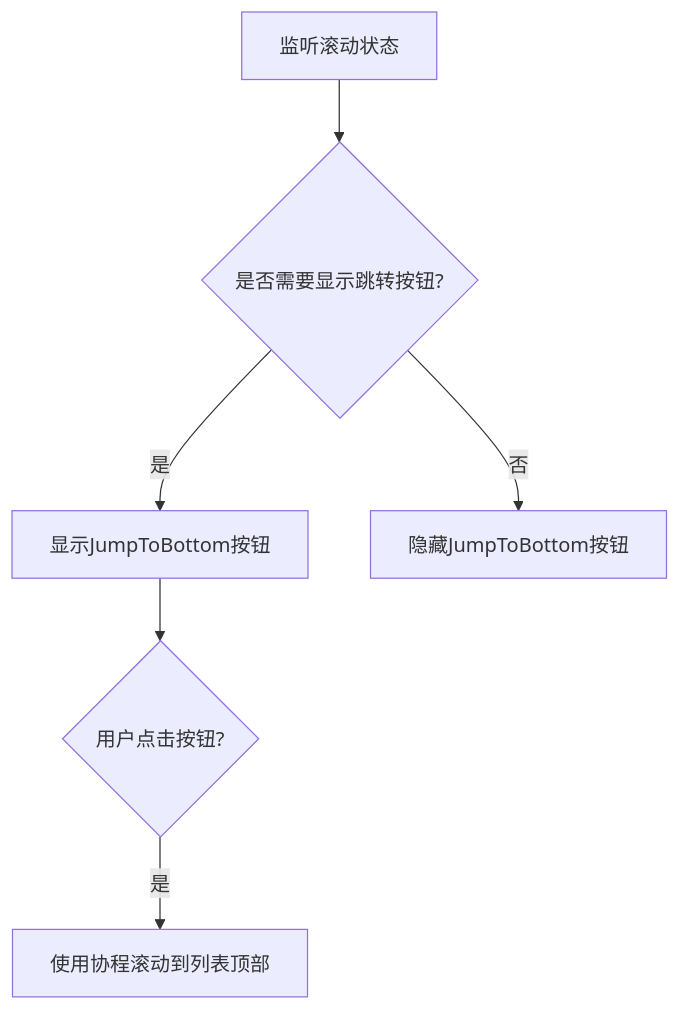
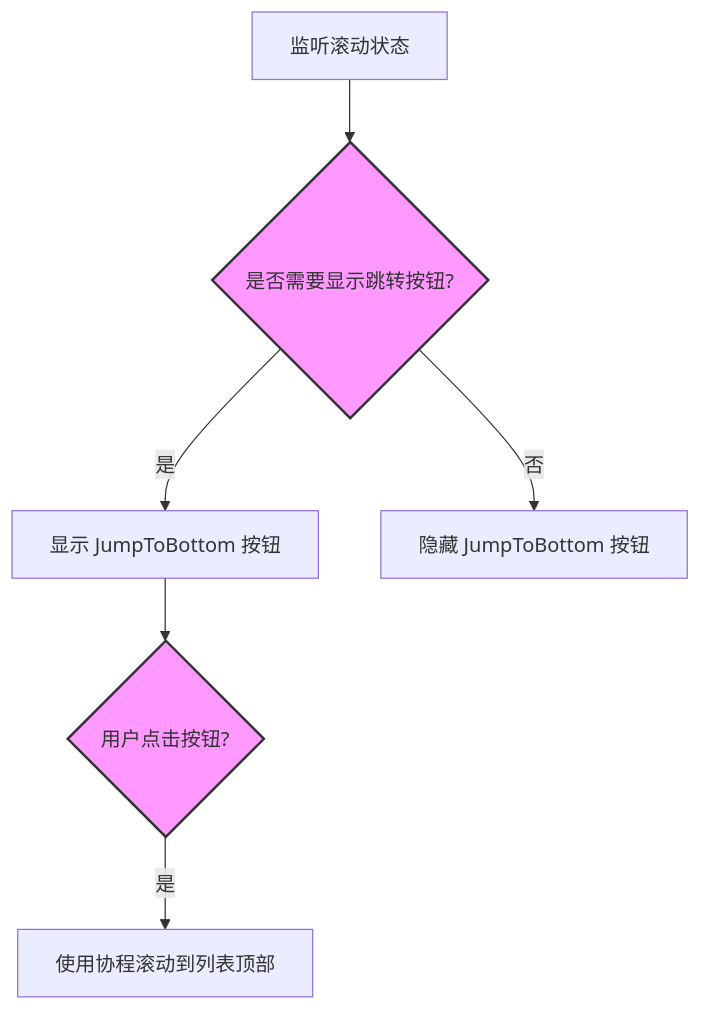
One commit to hyh19/compose-samples changed the diagram in Jetchat/app/src/main/java/com/example/compose/jetchat/conversation/Conversation.L329-342.md. Above: the diagram before and after it, drawn with Mermaid. The commit also changed other lines of this file, not shown here.

````diff
--- a/Jetchat/app/src/main/java/com/example/compose/jetchat/conversation/Conversation.L329-342.md
+++ b/Jetchat/app/src/main/java/com/example/compose/jetchat/conversation/Conversation.L329-342.md
@@ -26,8 +28,15 @@
 ```mermaid
 flowchart TD
     A[监听滚动状态] --> B{是否需要显示跳转按钮?}
-    B -->|是| C[显示JumpToBottom按钮]
-    B -->|否| D[隐藏JumpToBottom按钮]
+    B -->|是| C[显示 JumpToBottom 按钮]
+    B -->|否| D[隐藏 JumpToBottom 按钮]
     C --> E{用户点击按钮?}
     E -->|是| F[使用协程滚动到列表顶部]
+    
+    %% 添加节点样式以提高可读性
+    B{是否需要显示跳转按钮?}:::decision
+    E{用户点击按钮?}:::decision
+    
+    %% 为图表添加类别样式
+    classDef decision fill:#f9f,stroke:#333,stroke-width:2px;
 ```
````
